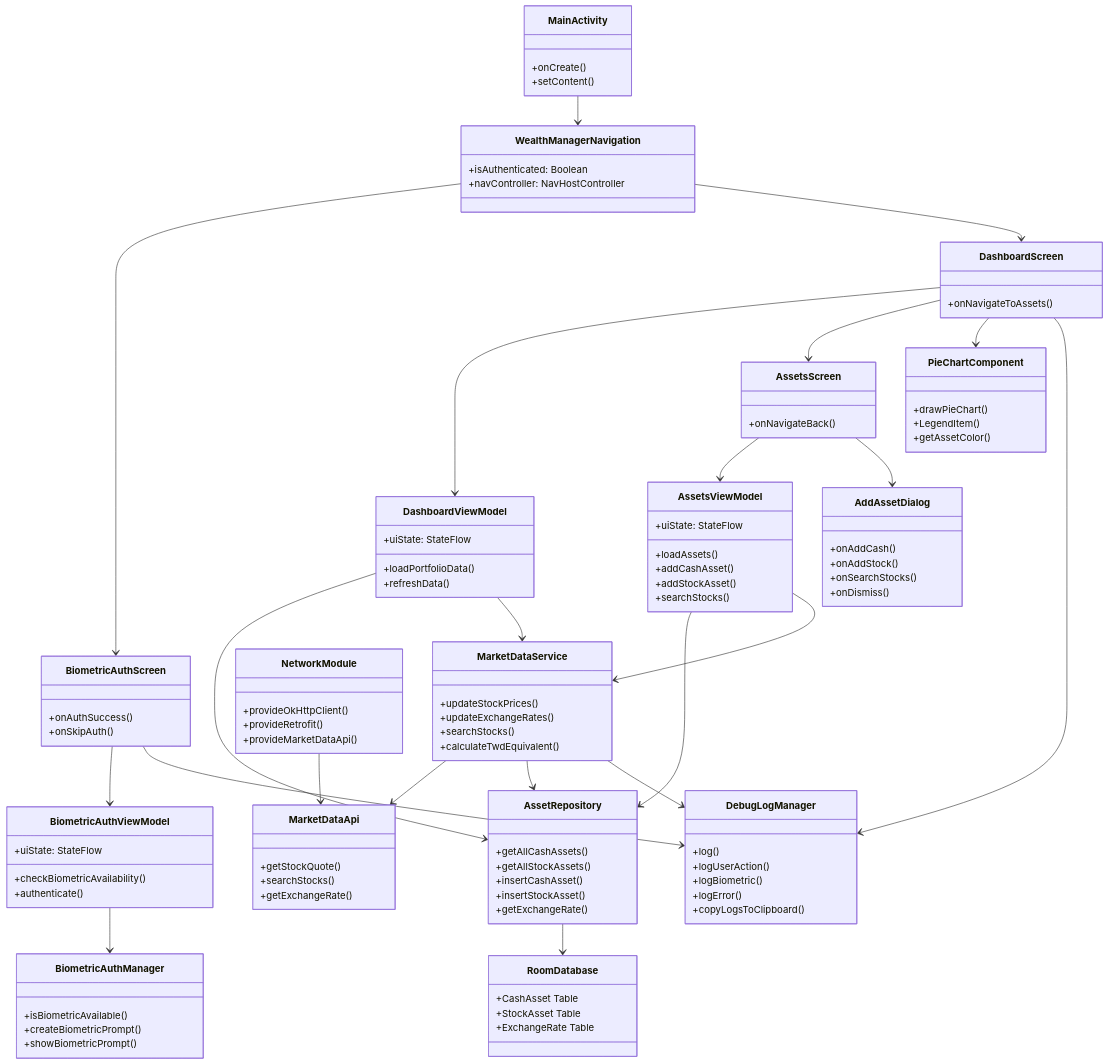
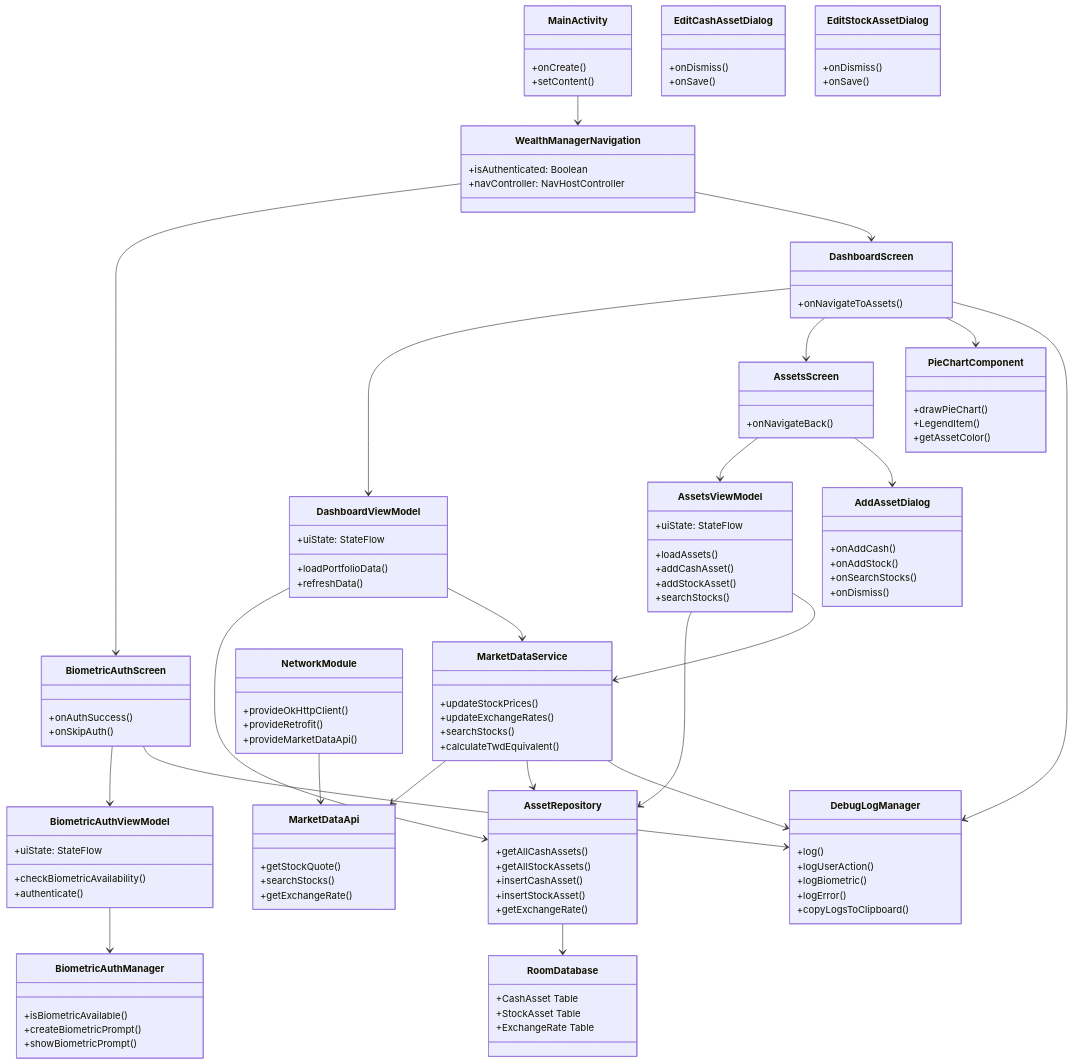
One commit to kuoyaoming/Wealth-Manager changed the second of 3 diagrams in README.md. Above: the diagram before and after it, drawn with Mermaid. The commit also changed other lines of this file and 7 other files, not shown here.

```diff
--- a/README.md
+++ b/README.md
@@ -290,6 +299,16 @@
         +onAddStock()
         +onSearchStocks()
         +onDismiss()
+    }
+    
+    class EditCashAssetDialog {
+        +onDismiss()
+        +onSave()
+    }
+    
+    class EditStockAssetDialog {
+        +onDismiss()
+        +onSave()
     }
     
     class PieChartComponent {
```
